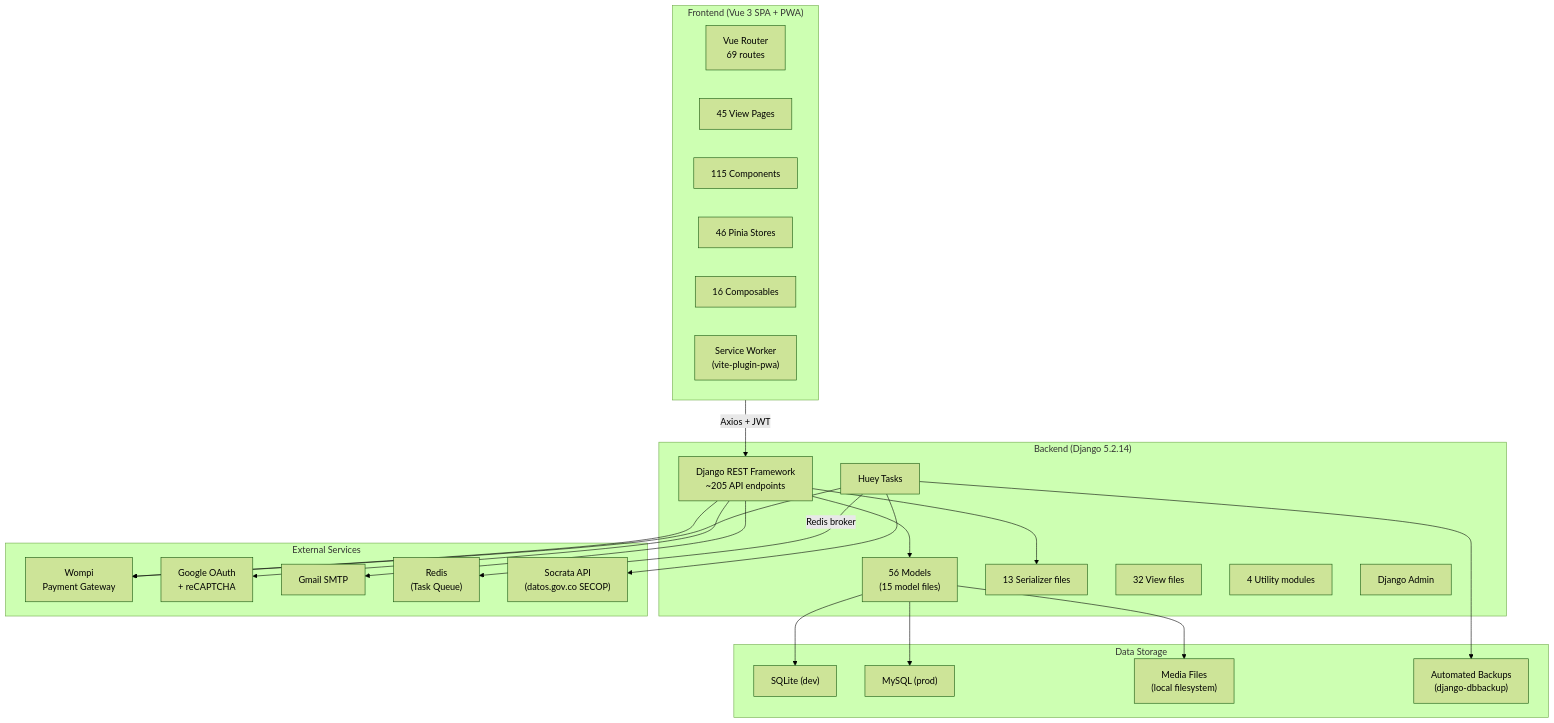
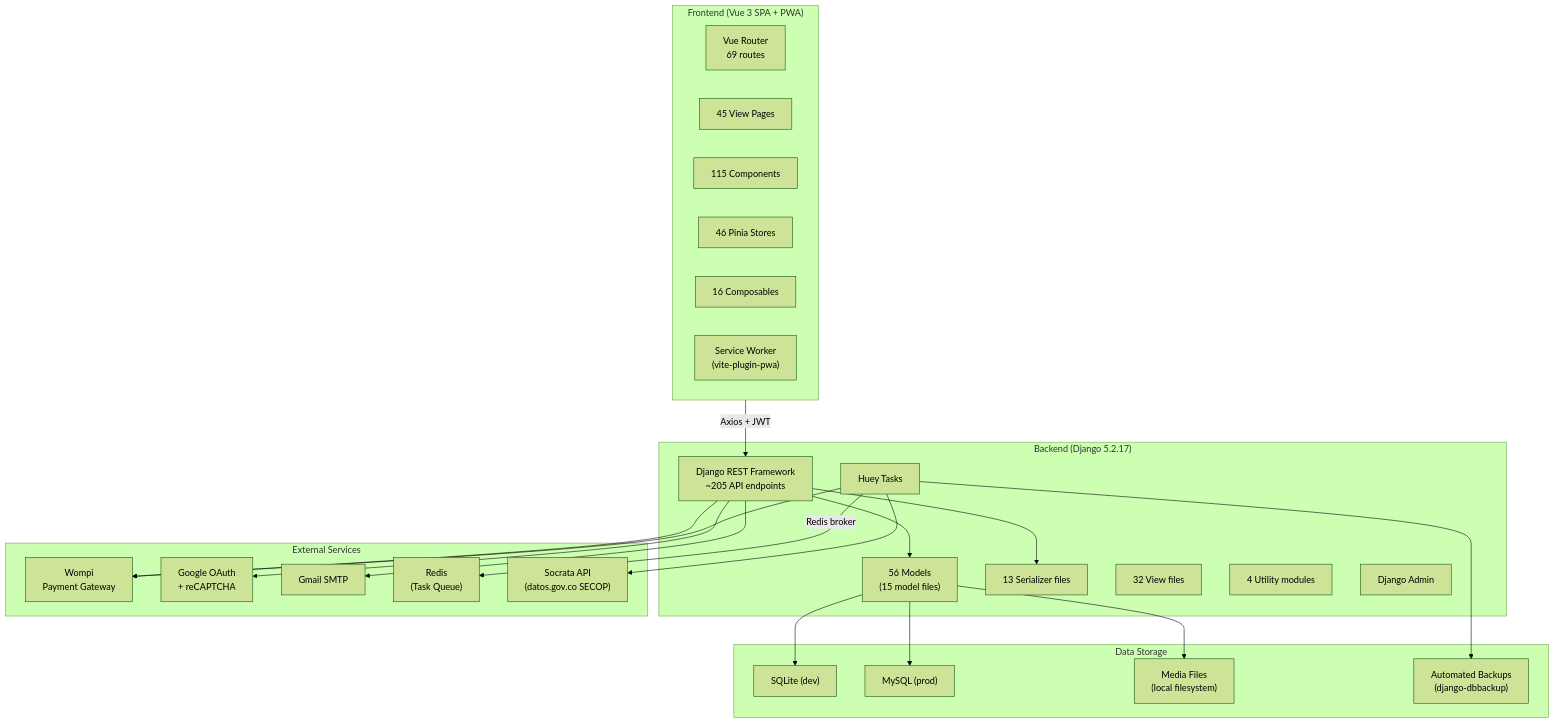
Before and after one commit to carlos18bp/gym_project: the first of 8 diagrams in docs/methodology/architecture.md, drawn with Mermaid (forest theme). The commit also changed other lines of this file and 47 other files, not shown here.

````diff
--- a/docs/methodology/architecture.md
+++ b/docs/methodology/architecture.md
@@ -5,50 +5,50 @@
 ```mermaid
 flowchart TB
     subgraph Client["Frontend (Vue 3 SPA + PWA)"]
         Router["Vue Router\n69 routes"]
         Views["45 View Pages"]
         Components["115 Components"]
         Stores["46 Pinia Stores"]
         Composables["16 Composables"]
         SW["Service Worker\n(vite-plugin-pwa)"]
     end
 
-    subgraph Server["Backend (Django 5.2.14)"]
+    subgraph Server["Backend (Django 5.2.17)"]
         DRF["Django REST Framework\n~205 API endpoints"]
         Models["56 Models\n(15 model files)"]
         Serializers["13 Serializer files"]
         Views_BE["32 View files"]
         Utils["4 Utility modules"]
         Tasks["Huey Tasks"]
         Admin["Django Admin"]
     end
 
     subgraph External["External Services"]
         Wompi["Wompi\nPayment Gateway"]
         Google["Google OAuth\n+ reCAPTCHA"]
         SMTP["Gmail SMTP"]
         Redis["Redis\n(Task Queue)"]
         Socrata["Socrata API\n(datos.gov.co SECOP)"]
     end
 
     subgraph Storage["Data Storage"]
         DB_Dev["SQLite (dev)"]
         DB_Prod["MySQL (prod)"]
         Media["Media Files\n(local filesystem)"]
         Backups["Automated Backups\n(django-dbbackup)"]
     end
 
     Client -->|"Axios + JWT"| DRF
     DRF --> Models
     DRF --> Serializers
     Models --> DB_Dev
     Models --> DB_Prod
     Models --> Media
     Tasks -->|"Redis broker"| Redis
     Tasks --> Wompi
     Tasks --> Backups
     DRF --> SMTP
     DRF --> Google
     DRF --> Wompi
     Tasks --> Socrata
 ```
````
